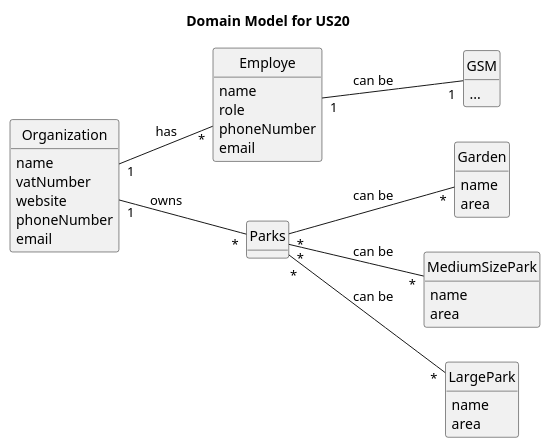
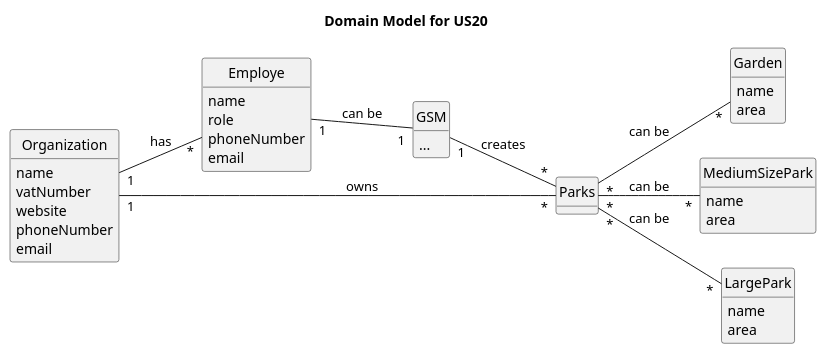
Before and after one commit to Departamento-de-Engenharia-Informatica/greenspace-management: the diagram in docs/sprintC/us020/02.analysis/puml/us020-domain-model.puml, drawn with PlantUML.

Commit message:
US020 Analysis Updated

```diff
--- a/docs/sprintC/us020/02.analysis/puml/us020-domain-model.puml
+++ b/docs/sprintC/us020/02.analysis/puml/us020-domain-model.puml
@@ -1,59 +1,60 @@
 @startuml
 skinparam monochrome true
 skinparam packageStyle rectangle
 skinparam shadowing false
 skinparam classAttributeIconSize 0
 hide circle
 hide methods
 
 title Domain Model for US20
 
 left to right direction
 
 class Organization {
     name
     vatNumber
     website
     phoneNumber
     email
 }
 
 class Employe {
     name
     role
     phoneNumber
     email
 }
 
 class GSM {
     ...
 }
 
 class Garden {
     name
     area
 }
 
 class MediumSizePark {
     name
     area
 }
 
 class LargePark {
     name
     area
 }
 
 class Parks {
 }
 
 Organization "1" -- "*" Employe : has
 Organization "1" -- "*" Parks : owns
 
 Employe "1" -- "1" GSM : can be
 
 Parks "*" -- "*" Garden : can be
 Parks "*" -- "*" MediumSizePark : can be
 Parks "*" -- "*" LargePark : can be
+GSM "1" -- "*" Parks : creates
 
 @enduml
```
